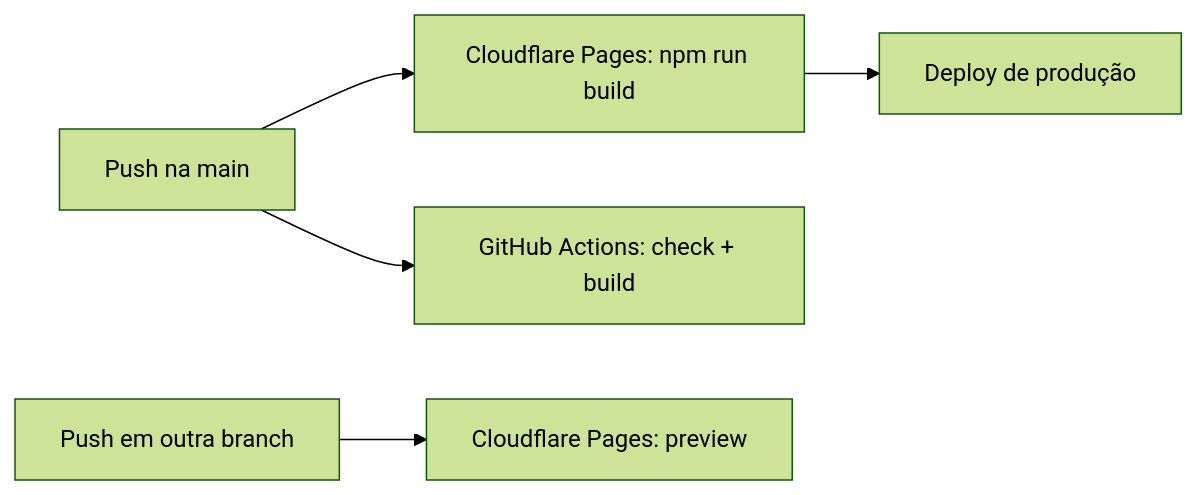
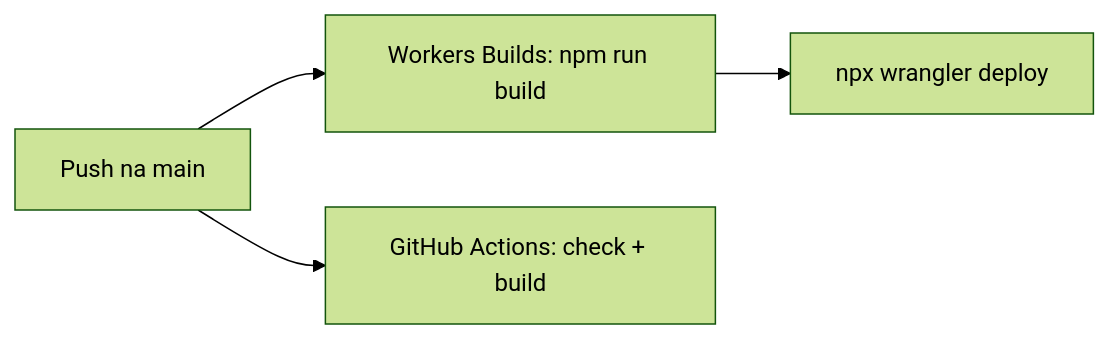
One commit to Calebe-Dev/Calebe-Dev changed the diagram in README_DEPLOY.md. Above: the diagram before and after it, drawn with Mermaid (forest theme). The commit also changed other lines of this file and 6 other files, not shown here.

First line of the commit message:
fix: deploy as Cloudflare Worker with static assets

````diff
--- a/README_DEPLOY.md
+++ b/README_DEPLOY.md
@@ -107,7 +102,6 @@
 ```mermaid
 graph LR
-    A[Push na main] --> B[Cloudflare Pages: npm run build]
-    B --> C[Deploy de produção]
+    A[Push na main] --> B[Workers Builds: npm run build]
+    B --> C[npx wrangler deploy]
     A --> D[GitHub Actions: check + build]
-    E[Push em outra branch] --> F[Cloudflare Pages: preview]
 ```
````
